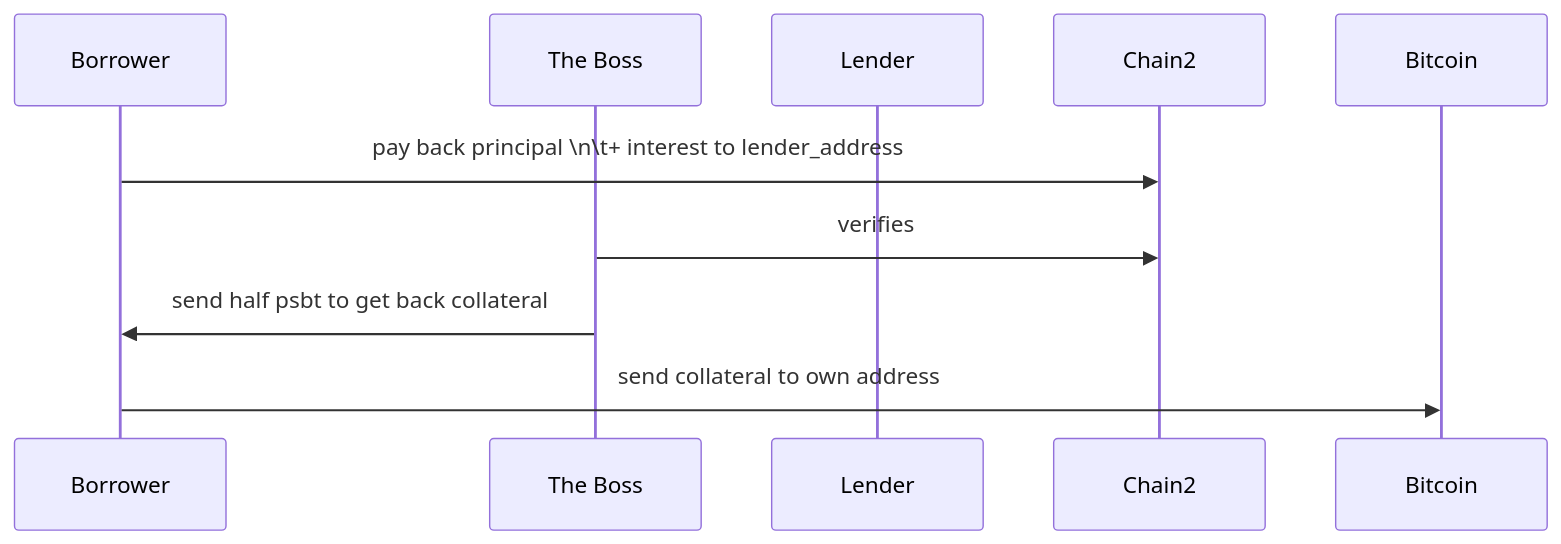
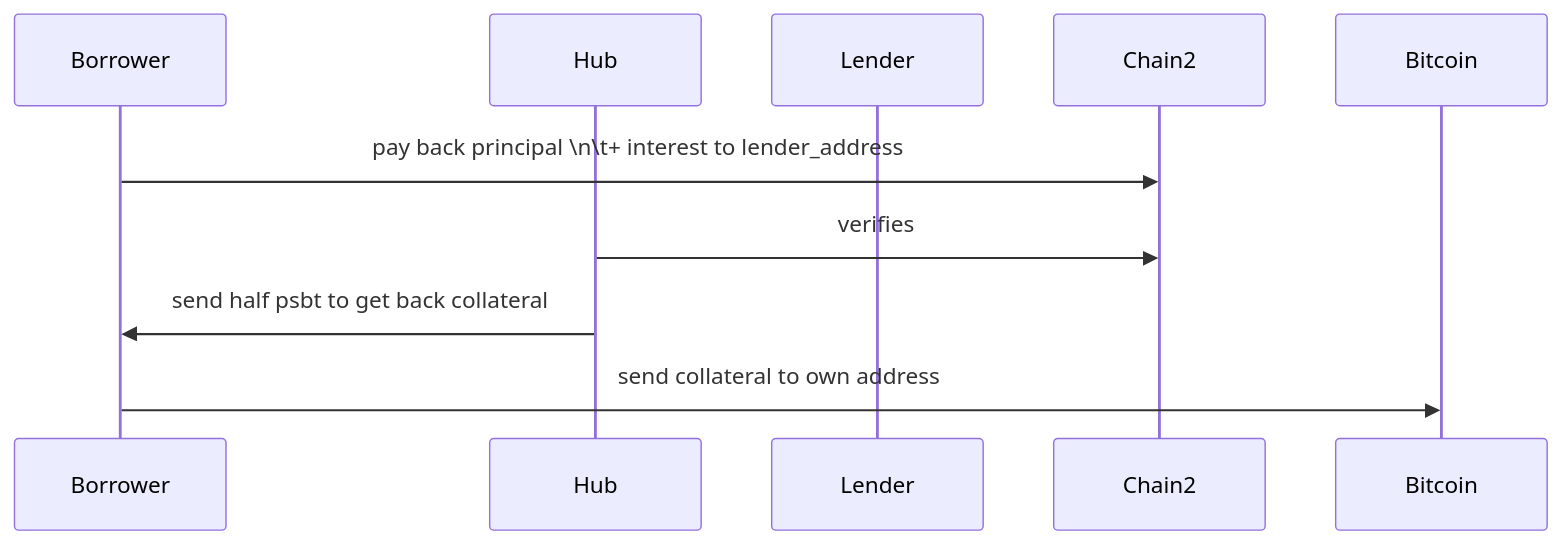
Before and after one commit to lendasat/iframe: the second of 2 diagrams in README.md, drawn with Mermaid. The commit also changed other lines of this file and 24 other files, not shown here.

First line of the commit message:
chore: Rename the-boss to hub

````diff
--- a/README.md
+++ b/README.md
@@ -54,11 +54,11 @@
 ```mermaid
 sequenceDiagram
     participant B as Borrower
-    participant T as The Boss
+    participant T as Hub
     participant L as Lender
 
     B->>Chain2: pay back principal \n\t+ interest to lender_address
     T->>Chain2: verifies
     T->>B: send half psbt to get back collateral
     B->>Bitcoin: send collateral to own address
 ```
````
